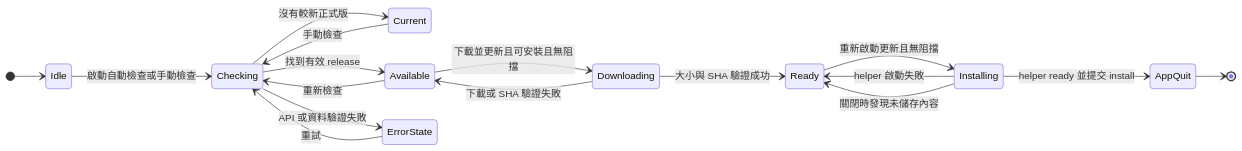
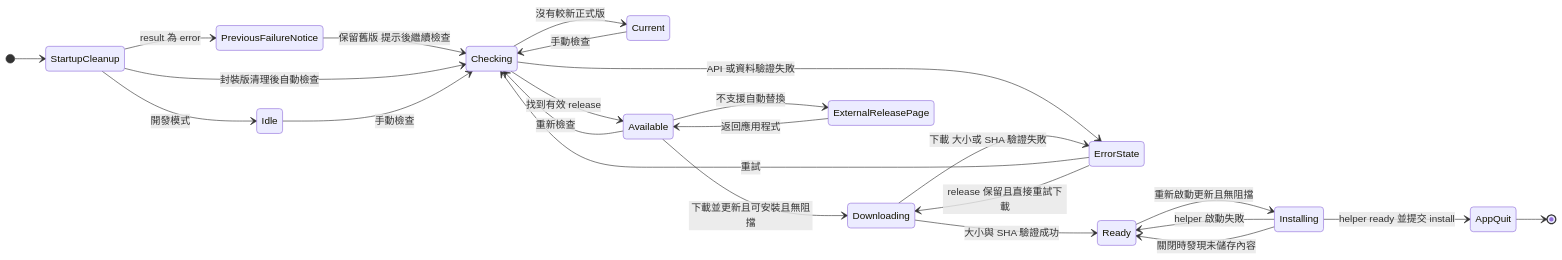
Diagram 11 of 15 in docs/state-machine.md (Ansenchen123/factory-manager-portable), drawn with Mermaid before and after one commit. The commit also changed other lines of this file, not shown here.

````diff
--- a/docs/state-machine.md
+++ b/docs/state-machine.md
@@ -327,22 +398,29 @@
 ```mermaid
 stateDiagram-v2
     direction LR
 
-    [*] --> Idle
-    Idle --> Checking: 啟動自動檢查或手動檢查
+    [*] --> StartupCleanup
+    StartupCleanup --> PreviousFailureNotice: result 為 error
+    PreviousFailureNotice --> Checking: 保留舊版 提示後繼續檢查
+    StartupCleanup --> Idle: 開發模式
+    StartupCleanup --> Checking: 封裝版清理後自動檢查
+    Idle --> Checking: 手動檢查
     Current --> Checking: 手動檢查
     Available --> Checking: 重新檢查
     ErrorState --> Checking: 重試
     Checking --> Current: 沒有較新正式版
     Checking --> Available: 找到有效 release
     Checking --> ErrorState: API 或資料驗證失敗
 
     Available --> Downloading: 下載並更新且可安裝且無阻擋
-    Downloading --> Available: 下載或 SHA 驗證失敗
+    Available --> ExternalReleasePage: 不支援自動替換
+    ExternalReleasePage --> Available: 返回應用程式
+    Downloading --> ErrorState: 下載 大小或 SHA 驗證失敗
     Downloading --> Ready: 大小與 SHA 驗證成功
+    ErrorState --> Downloading: release 保留且直接重試下載
     Ready --> Installing: 重新啟動更新且無阻擋
     Installing --> Ready: helper 啟動失敗
     Installing --> Ready: 關閉時發現未儲存內容
     Installing --> AppQuit: helper ready 並提交 install
     AppQuit --> [*]
 ```
````
